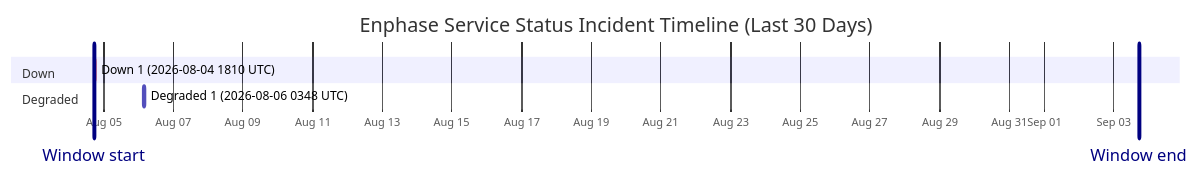
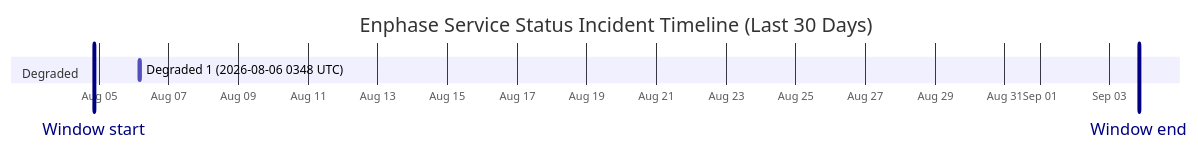
Before and after one commit to barneyonline/ha-enphase-energy: the diagram in wiki/Service-Status-History.md, drawn with Mermaid. The commit also changed other lines of this file and 3 other files, not shown here.

````diff
--- a/wiki/Service-Status-History.md
+++ b/wiki/Service-Status-History.md
@@ -14,12 +14,10 @@
 ```mermaid
 gantt
     title Enphase Service Status Incident Timeline (Last 30 Days)
     dateFormat  YYYY-MM-DDTHH:mm:ss
     axisFormat  %b %d
-    Window start :vert, window-start, 2026-08-04T17:31:16, 0ms
-    Window end :vert, window-end, 2026-09-03T17:31:16, 0ms
-    section Down
-    Down 1 (2026-08-04 1810 UTC) :crit, down-1, 2026-08-04T18:10:46, 60m
+    Window start :vert, window-start, 2026-08-04T20:31:18, 0ms
+    Window end :vert, window-end, 2026-09-03T20:31:18, 0ms
     section Degraded
     Degraded 1 (2026-08-06 0348 UTC) :active, degraded-1, 2026-08-06T03:48:14, 60m
 ```
````
